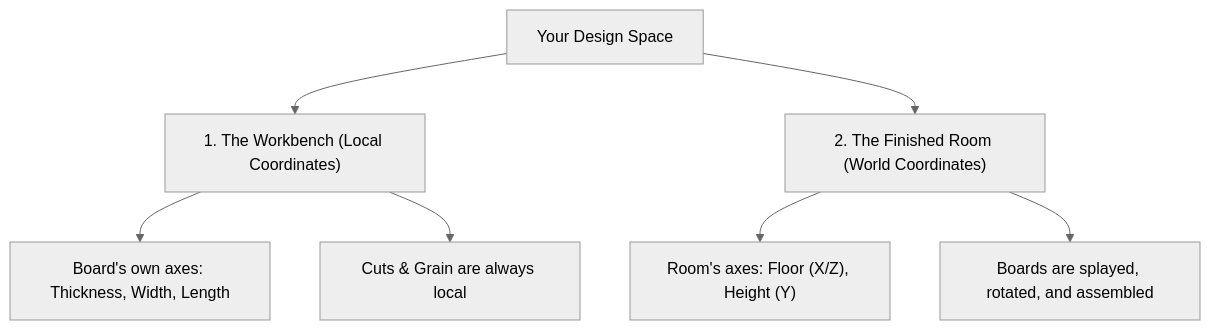
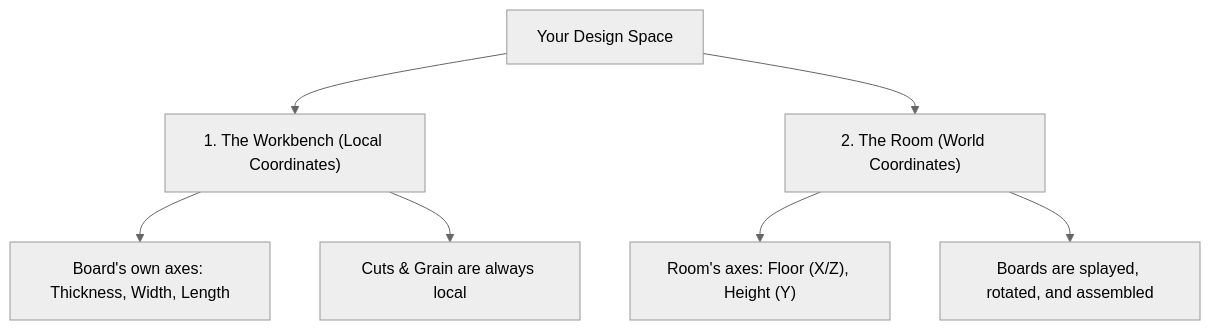
The diagram in docs/user_manual.md (vinyasa/sketch), drawn with Mermaid (neutral theme) before and after one commit. The commit also changed other lines of this file and 5 other files, not shown here.

````diff
--- a/docs/user_manual.md
+++ b/docs/user_manual.md
@@ -92,13 +144,13 @@
 ```mermaid
 graph TD
     A["Your Design Space"] --> B["1. The Workbench (Local Coordinates)"]
-    A --> C["2. The Finished Room (World Coordinates)"]
+    A --> C["2. The Room (World Coordinates)"]
     
     B --> B1["Board's own axes: Thickness, Width, Length"]
     B2["Cuts & Grain are always local"]
     B --> B2
     
     C --> C1["Room's axes: Floor (X/Z), Height (Y)"]
     C2["Boards are splayed, rotated, and assembled"]
     C --> C2
 ```
````
